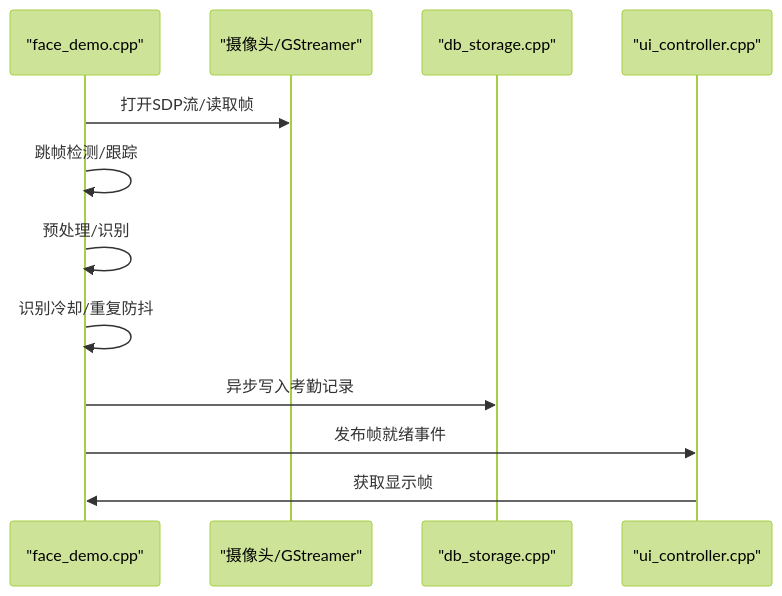
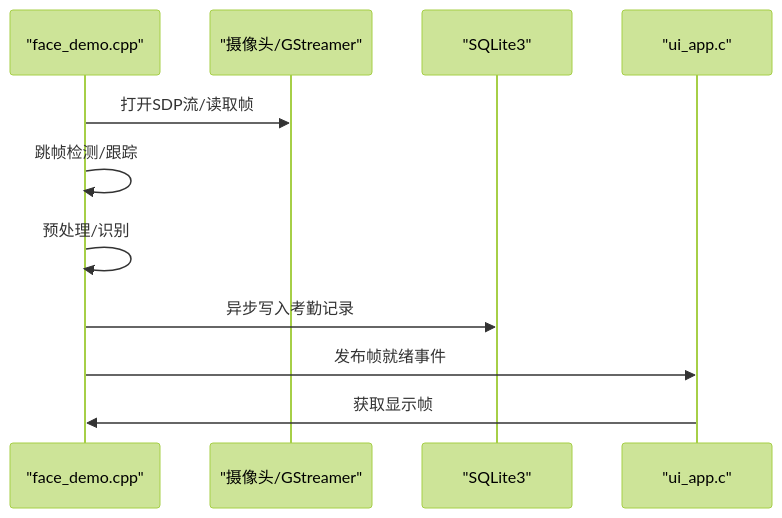
Before and after one commit to Drunk552/SmartAttendance: the third of 4 diagrams in .qoder/repowiki/zh/content/功能模块详解.md, drawn with Mermaid (forest theme). The commit also changed other lines of this file and 26 other files, not shown here.

````diff
--- a/.qoder/repowiki/zh/content/功能模块详解.md
+++ b/.qoder/repowiki/zh/content/功能模块详解.md
@@ -158,14 +108,13 @@
 ```mermaid
 sequenceDiagram
 participant Biz as "face_demo.cpp"
 participant Cam as "摄像头/GStreamer"
-participant DB as "db_storage.cpp"
-participant UI as "ui_controller.cpp"
+participant DB as "SQLite3"
+participant UI as "ui_app.c"
 Biz->>Cam : 打开SDP流/读取帧
 Biz->>Biz : 跳帧检测/跟踪
 Biz->>Biz : 预处理/识别
-Biz->>Biz : 识别冷却/重复防抖
 Biz->>DB : 异步写入考勤记录
 Biz->>UI : 发布帧就绪事件
 UI->>Biz : 获取显示帧
 ```
````
